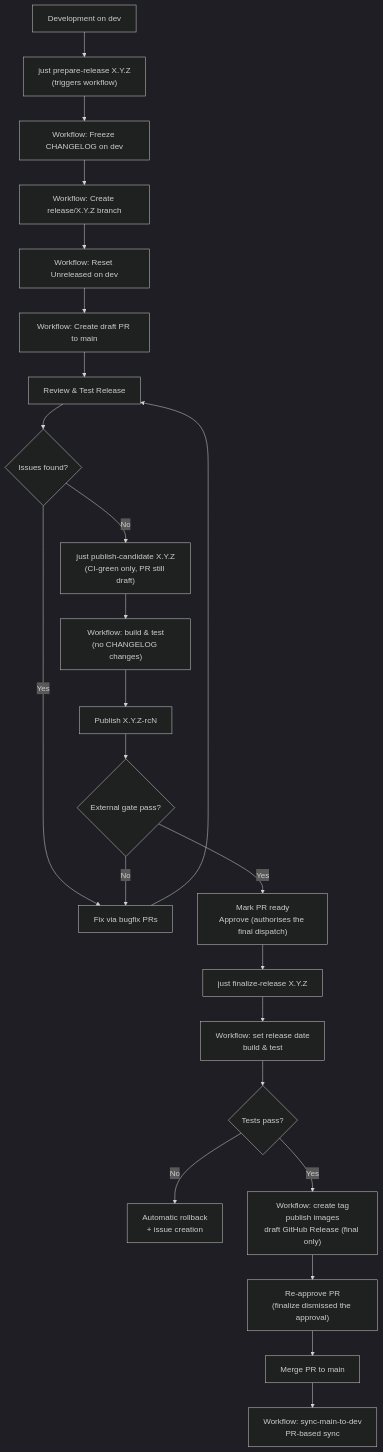
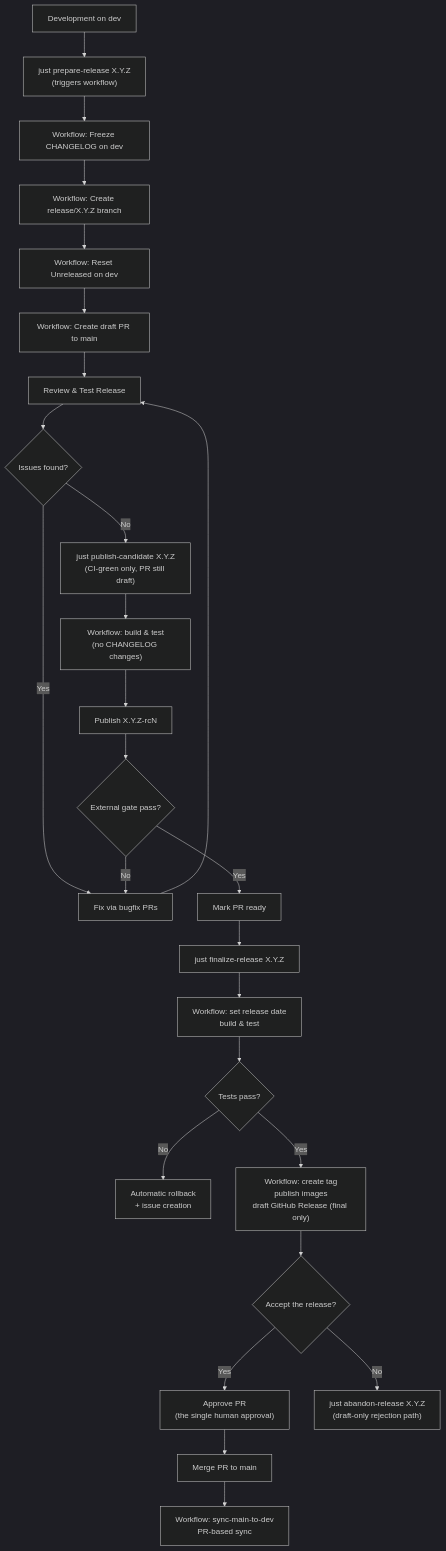
One commit to vig-os/devkit changed the third of 3 diagrams in docs/RELEASE_CYCLE.md. Above: the diagram before and after it, drawn with Mermaid (dark theme). The commit also changed other lines of this file and 12 other files, not shown here.

First line of the commit message:
docs: document the single-approval release train and the abandon path

````diff
--- a/docs/RELEASE_CYCLE.md
+++ b/docs/RELEASE_CYCLE.md
@@ -145,26 +145,28 @@
 ```mermaid
 graph TB
     A["Development on dev"] --> B["just prepare-release X.Y.Z<br/>(triggers workflow)"]
     B --> C["Workflow: Freeze CHANGELOG on dev"]
     C --> D["Workflow: Create release/X.Y.Z branch"]
     D --> E["Workflow: Reset Unreleased on dev"]
     E --> F["Workflow: Create draft PR to main"]
     F --> G["Review & Test Release"]
     G --> H{Issues found?}
     H -->|Yes| I["Fix via bugfix PRs"]
     I --> G
     H -->|No| K["just publish-candidate X.Y.Z<br/>(CI-green only, PR still draft)"]
     K --> L["Workflow: build & test<br/>(no CHANGELOG changes)"]
     L --> M["Publish X.Y.Z-rcN"]
     M --> U{External gate pass?}
     U -->|No| I
-    U -->|Yes| J["Mark PR ready<br/>Approve (authorises the final dispatch)"]
+    U -->|Yes| J["Mark PR ready"]
     J --> N["just finalize-release X.Y.Z"]
     N --> O["Workflow: set release date<br/>build & test"]
     O --> P{Tests pass?}
     P -->|No| Q["Automatic rollback<br/>+ issue creation"]
     P -->|Yes| R["Workflow: create tag<br/>publish images<br/>draft GitHub Release (final only)"]
-    R --> R2["Re-approve PR<br/>(finalize dismissed the approval)"]
-    R2 --> S["Merge PR to main"]
+    R --> R2{Accept the release?}
+    R2 -->|Yes| R3["Approve PR<br/>(the single human approval)"]
+    R2 -->|No| AB["just abandon-release X.Y.Z<br/>(draft-only rejection path)"]
+    R3 --> S["Merge PR to main"]
     S --> T["Workflow: sync-main-to-dev<br/>PR-based sync"]
 ```
````
